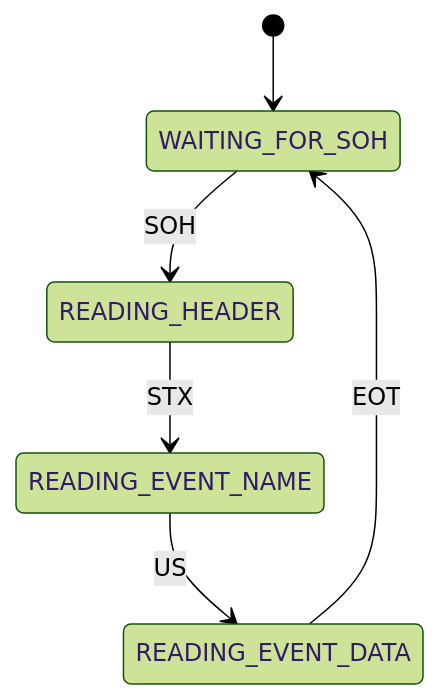
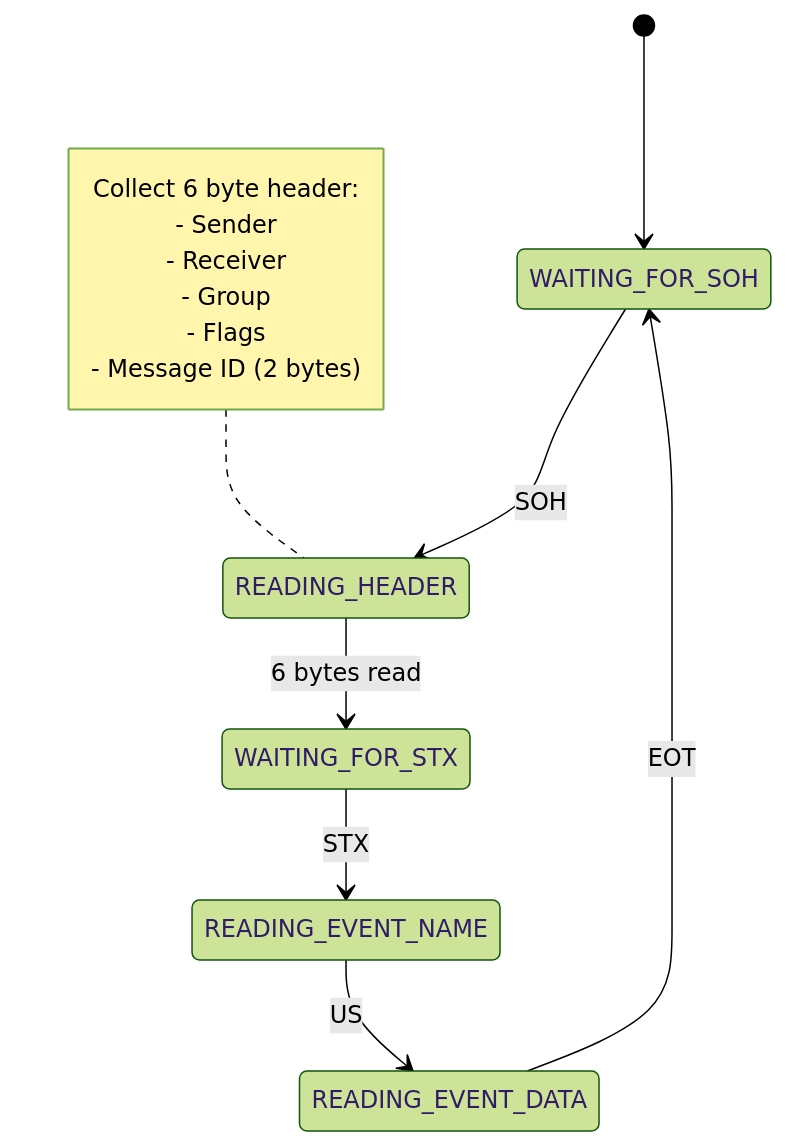
One commit to chahilhyper9725/EventMsg changed the diagram in docs/PROTOCOL.md. Above: the diagram before and after it, drawn with Mermaid (forest theme). The commit also changed other lines of this file and 6 other files, not shown here.

````diff
--- a/docs/PROTOCOL.md
+++ b/docs/PROTOCOL.md
@@ -70,8 +112,18 @@
 ```mermaid
 stateDiagram-v2
     [*] --> WAITING_FOR_SOH
     WAITING_FOR_SOH --> READING_HEADER: SOH
-    READING_HEADER --> READING_EVENT_NAME: STX
+    READING_HEADER --> WAITING_FOR_STX: 6 bytes read
+    WAITING_FOR_STX --> READING_EVENT_NAME: STX
     READING_EVENT_NAME --> READING_EVENT_DATA: US
     READING_EVENT_DATA --> WAITING_FOR_SOH: EOT
+    
+    note left of READING_HEADER
+        Collect 6 byte header:
+        - Sender
+        - Receiver
+        - Group
+        - Flags
+        - Message ID (2 bytes)
+    end note
 ```
````
